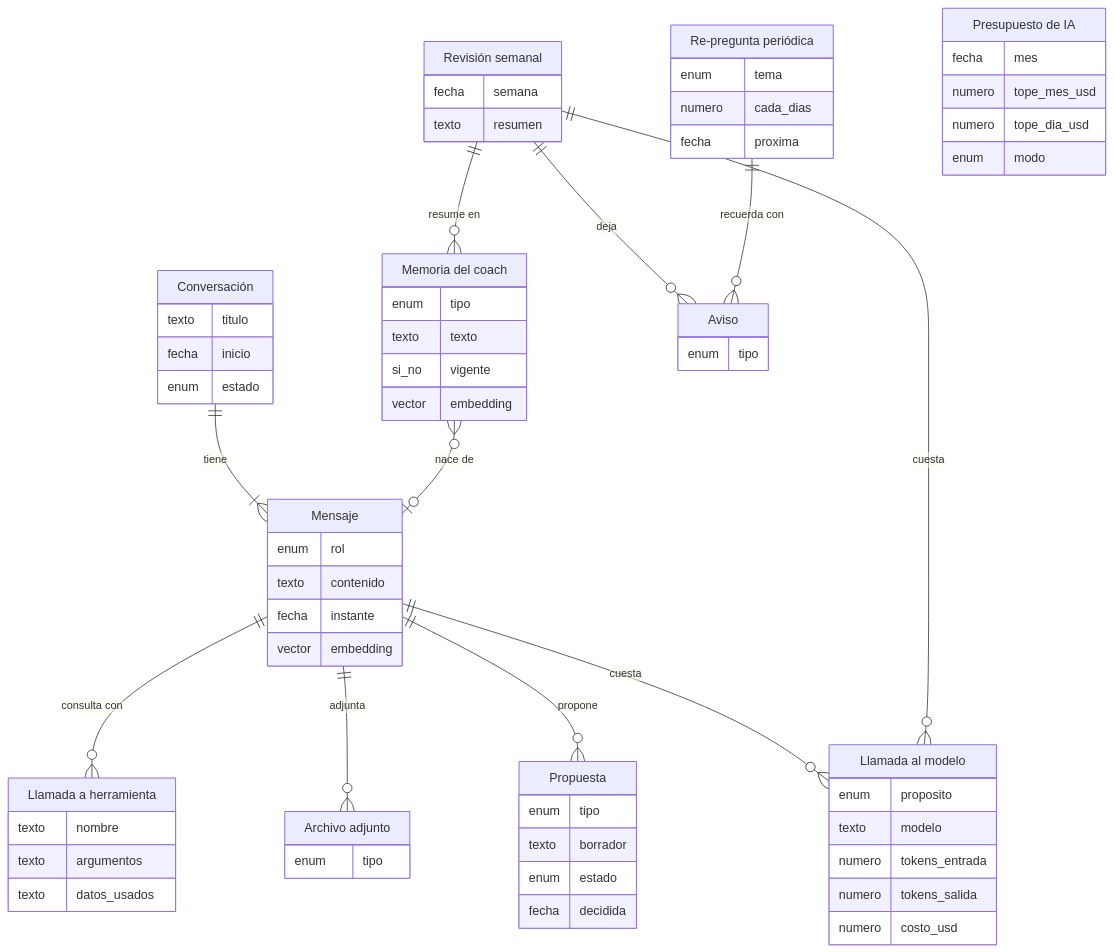
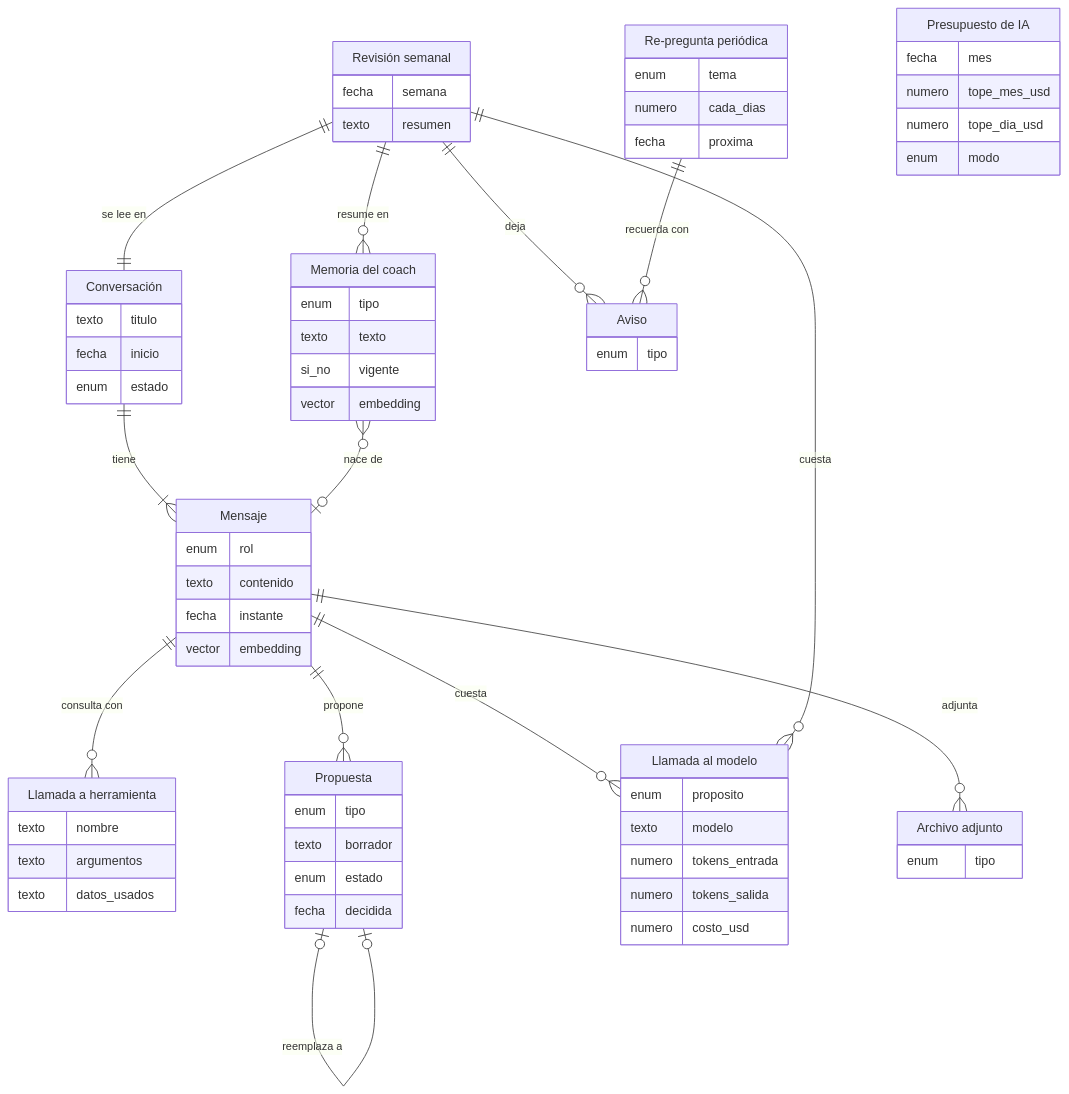
Before and after one commit to FrancisG01/coach-fitness-ai: the ninth of 9 diagrams in docs/database/modelo-conceptual.md, drawn with Mermaid. The commit also changed other lines of this file and 11 other files, not shown here.

````diff
--- a/docs/database/modelo-conceptual.md
+++ b/docs/database/modelo-conceptual.md
@@ -629,70 +629,72 @@
 ```mermaid
 erDiagram
   CONVERSACION["Conversación"] {
     texto titulo
     fecha inicio
     enum estado
   }
   MENSAJE["Mensaje"] {
     enum rol
     texto contenido
     fecha instante
     vector embedding
   }
   HERRAMIENTA["Llamada a herramienta"] {
     texto nombre
     texto argumentos
     texto datos_usados
   }
   PROPUESTA["Propuesta"] {
     enum tipo
     texto borrador
     enum estado
     fecha decidida
   }
   MEMORIA["Memoria del coach"] {
     enum tipo
     texto texto
     si_no vigente
     vector embedding
   }
   REVISION["Revisión semanal"] {
     fecha semana
     texto resumen
   }
   REPREGUNTA["Re-pregunta periódica"] {
     enum tema
     numero cada_dias
     fecha proxima
   }
   LLAMADA["Llamada al modelo"] {
     enum proposito
     texto modelo
     numero tokens_entrada
     numero tokens_salida
     numero costo_usd
   }
   PRESUPUESTO["Presupuesto de IA"] {
     fecha mes
     numero tope_mes_usd
     numero tope_dia_usd
     enum modo
   }
   ARCHIVO["Archivo adjunto"] {
     enum tipo
   }
   AVISO["Aviso"] {
     enum tipo
   }
 
   CONVERSACION ||--|{ MENSAJE : "tiene"
   MENSAJE ||--o{ HERRAMIENTA : "consulta con"
   MENSAJE ||--o{ ARCHIVO : "adjunta"
   MENSAJE ||--o{ PROPUESTA : "propone"
   MENSAJE ||--o{ LLAMADA : "cuesta"
   MEMORIA }o--o| MENSAJE : "nace de"
   REVISION ||--o{ MEMORIA : "resume en"
   REVISION ||--o{ AVISO : "deja"
   REVISION ||--o{ LLAMADA : "cuesta"
   REPREGUNTA ||--o{ AVISO : "recuerda con"
+  REVISION ||--|| CONVERSACION : "se lee en"
+  PROPUESTA |o--o| PROPUESTA : "reemplaza a"
 ```
````
